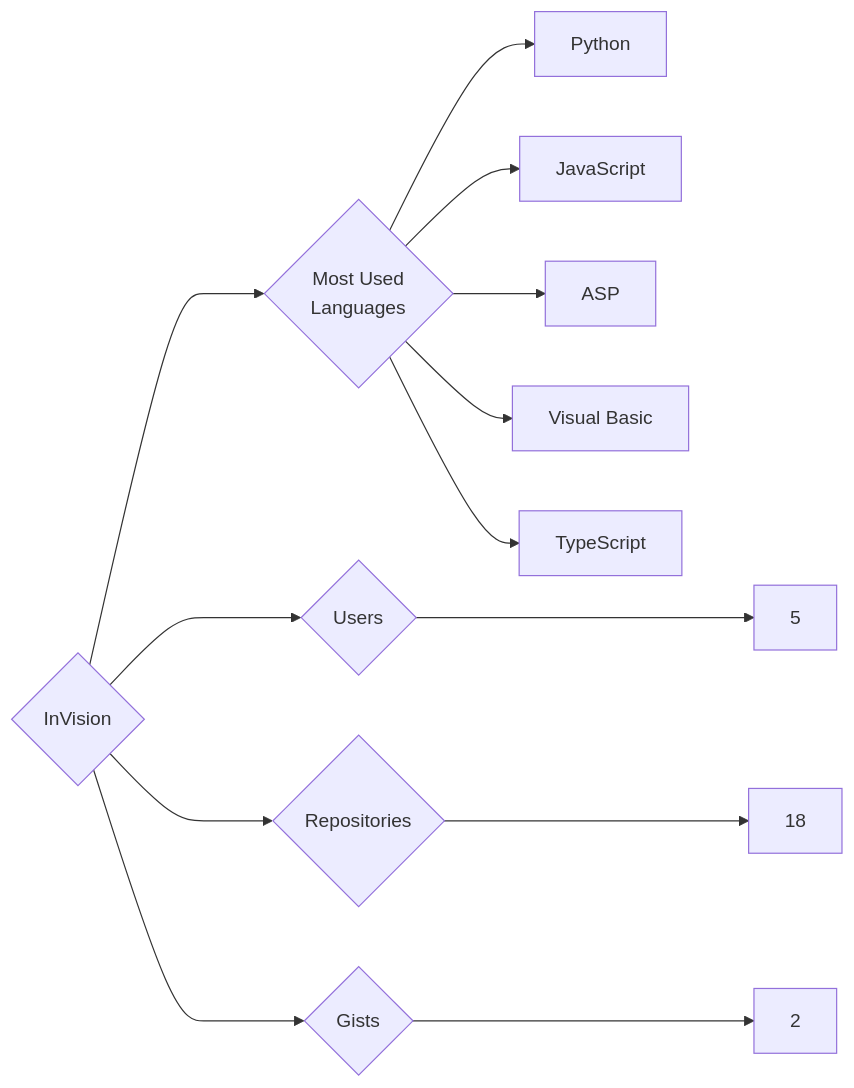
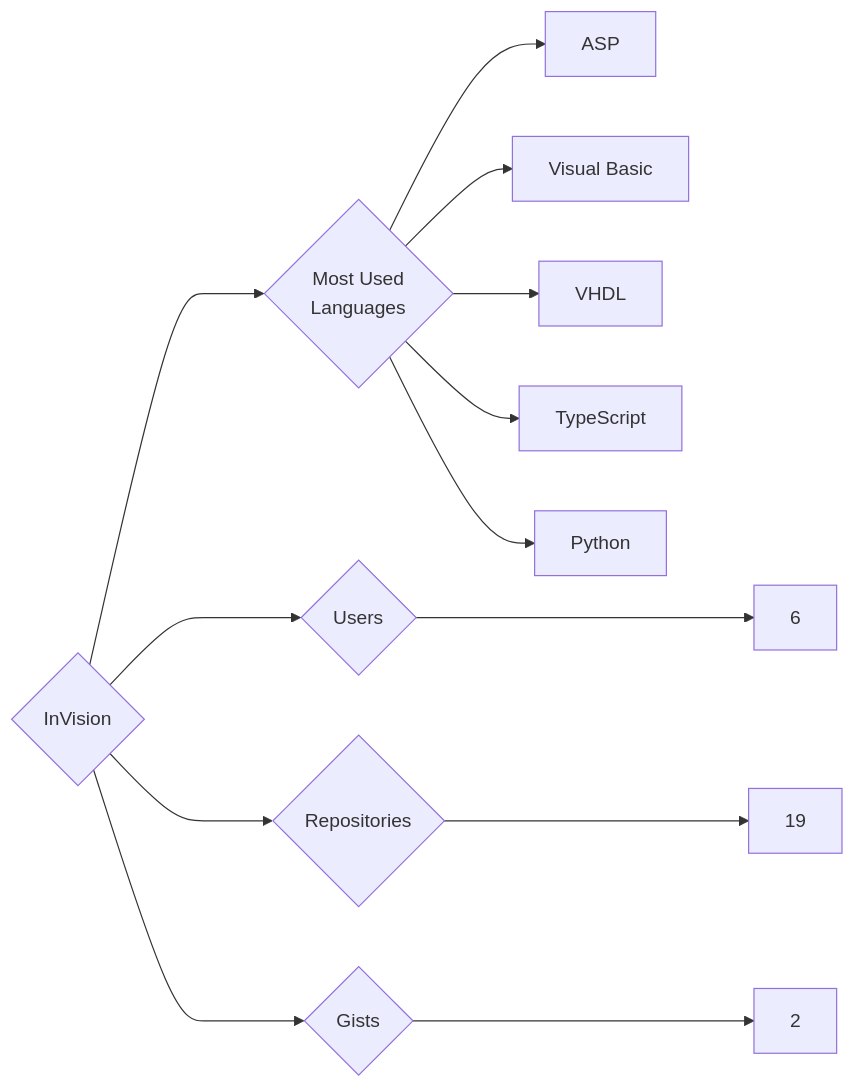
The diagram in targets/InVision/README.md (trickest/insiders), drawn with Mermaid before and after one commit. The commit also changed 1023 other files, not shown here.

````diff
--- a/targets/InVision/README.md
+++ b/targets/InVision/README.md
@@ -3,13 +3,13 @@
 ```mermaid
 graph LR
 COMPANY_NAME{InVision}
-COMPANY_NAME ---> U{Users} ---> UN[5]
-COMPANY_NAME ---> R{Repositories} ---> RN[18]
+COMPANY_NAME ---> U{Users} ---> UN[6]
+COMPANY_NAME ---> R{Repositories} ---> RN[19]
 COMPANY_NAME ---> G{Gists} ---> GN[2]
 COMPANY_NAME ---> ML{Most Used<br>Languages}
-ML --> Python[Python]
-ML --> JavaScript[JavaScript]
 ML --> ASP[ASP]
 ML --> Visual_Basic[Visual Basic]
+ML --> VHDL[VHDL]
 ML --> TypeScript[TypeScript]
+ML --> Python[Python]
 ```
````
